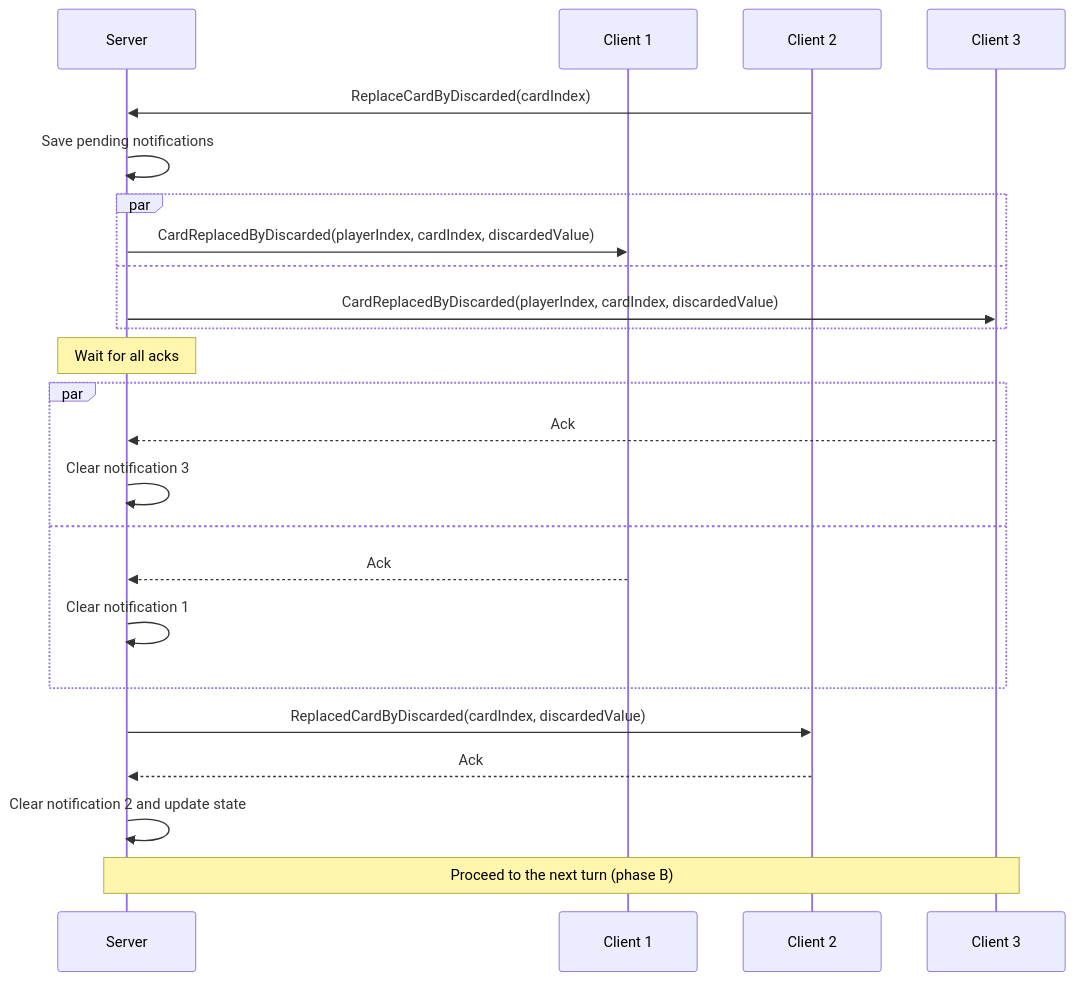
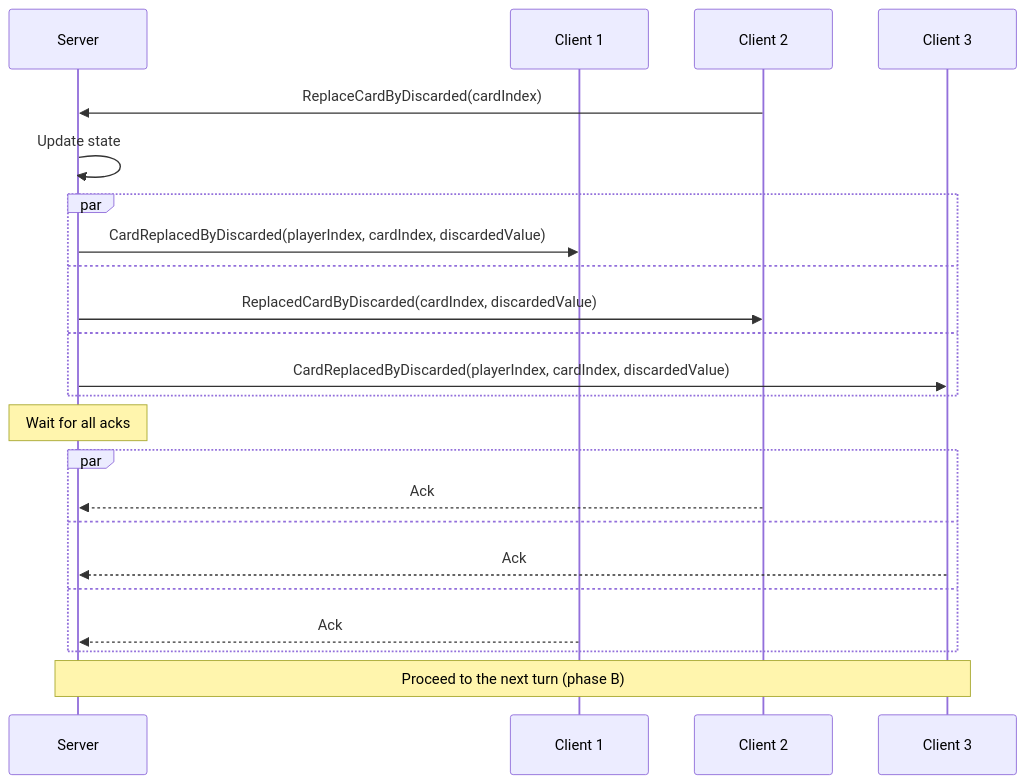
One commit to roman-zubarevich/another changed the fifth of 15 diagrams in README.md. Above: the diagram before and after it, drawn with Mermaid. The commit also changed other lines of this file, not shown here.

````diff
--- a/README.md
+++ b/README.md
@@ -134,26 +128,25 @@
 ```mermaid
 sequenceDiagram
     participant S as Server
     participant C1 as Client 1
     participant C2 as Client 2
     participant C3 as Client 3
     C2->>S: ReplaceCardByDiscarded(cardIndex)
-    S->>S: Save pending notifications
+    S->>S: Update state
     par
         S->>C1: CardReplacedByDiscarded(playerIndex, cardIndex, discardedValue)
+    and
+        S->>C2: ReplacedCardByDiscarded(cardIndex, discardedValue)
     and
         S->>C3: CardReplacedByDiscarded(playerIndex, cardIndex, discardedValue)
     end
     Note over S: Wait for all acks
     par
+        C2-->>S: Ack
+    and
         C3-->>S: Ack
-        S->>S: Clear notification 3
     and
         C1-->>S: Ack
-        S->>S: Clear notification 1
     end
-    S->>C2: ReplacedCardByDiscarded(cardIndex, discardedValue)
-    C2-->>S: Ack
-    S->>S: Clear notification 2 and update state
     Note over S,C3: Proceed to the next turn (phase B)
 ```
````
